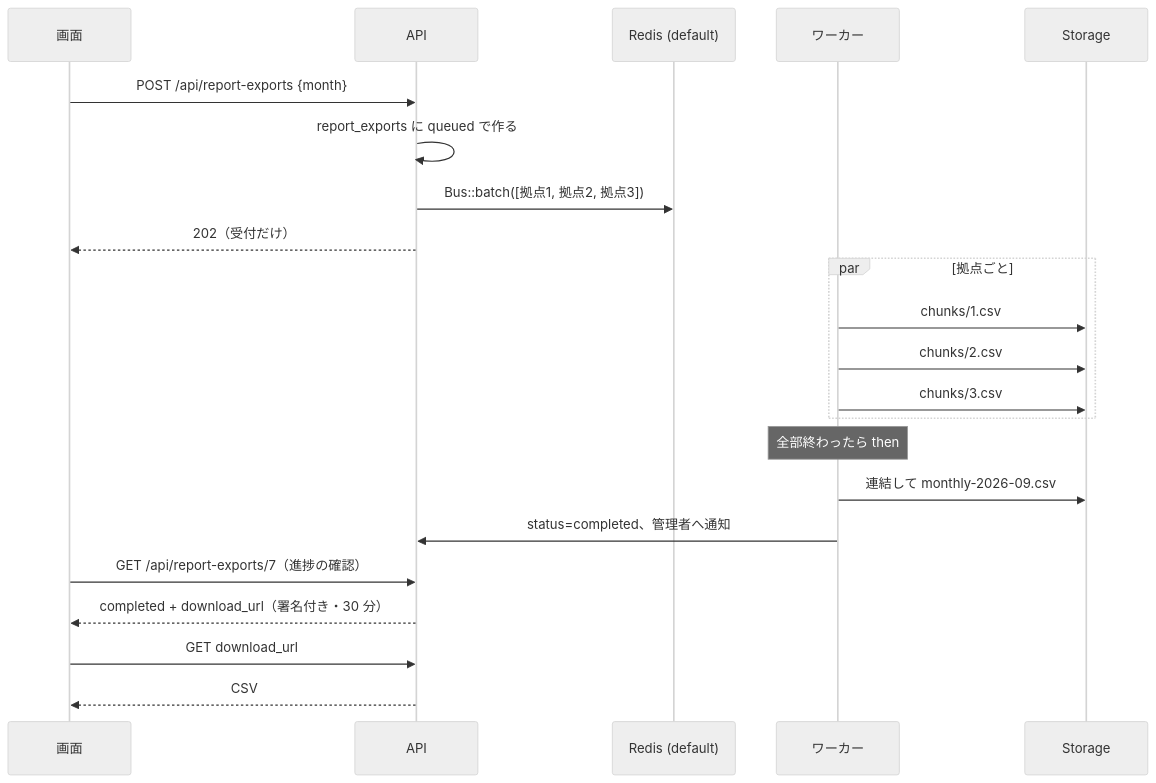
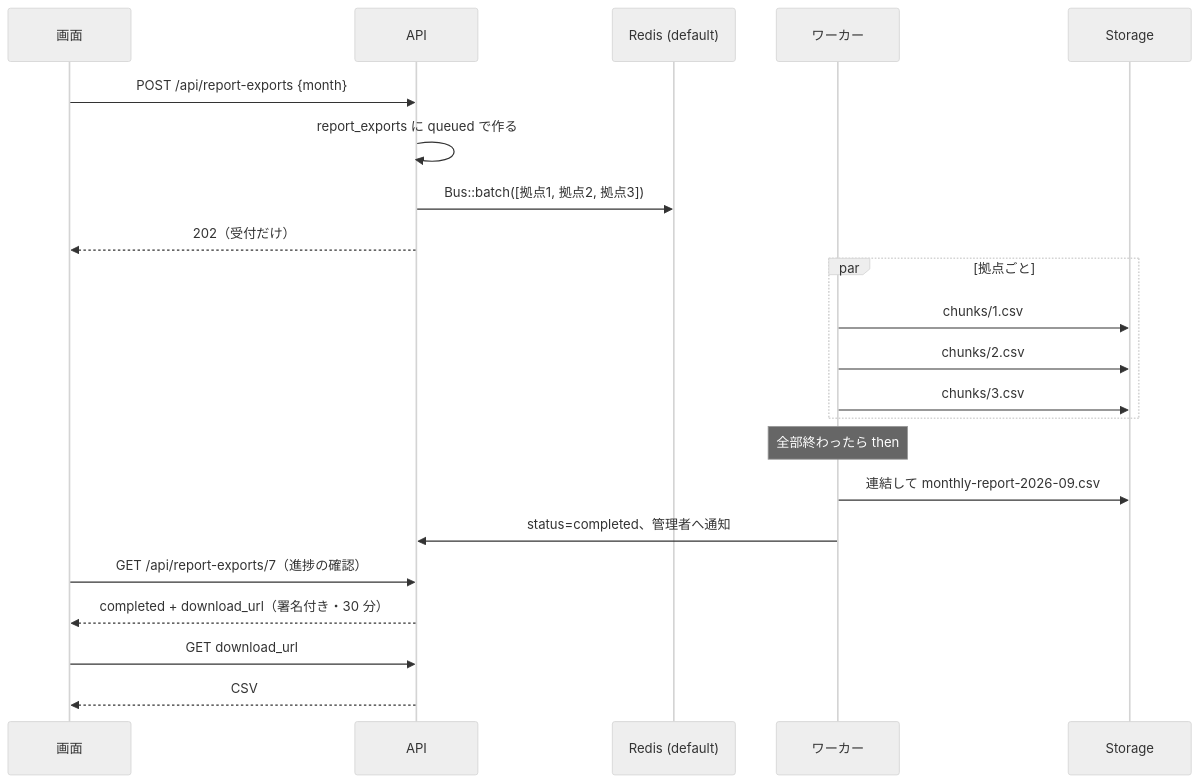
The third of 4 diagrams in docs/03_非同期処理の設計.md (hata-junnosuke/next_team), drawn with Mermaid (neutral theme) before and after one commit. The commit also changed 7 other files, not shown here.

First line of the commit message:
fix(api): issue #1 非同期 CSV のファイル名を同期 CSV と同じ monthly-report-{月}.csv にそろえる

````diff
--- a/docs/03_非同期処理の設計.md
+++ b/docs/03_非同期処理の設計.md
@@ -153,25 +153,25 @@
 ```mermaid
 sequenceDiagram
     participant W as 画面
     participant A as API
     participant Q as Redis (default)
     participant K as ワーカー
     participant ST as Storage
 
     W->>A: POST /api/report-exports {month}
     A->>A: report_exports に queued で作る
     A->>Q: Bus::batch([拠点1, 拠点2, 拠点3])
     A-->>W: 202（受付だけ）
     par 拠点ごと
         K->>ST: chunks/1.csv
         K->>ST: chunks/2.csv
         K->>ST: chunks/3.csv
     end
     Note over K: 全部終わったら then
-    K->>ST: 連結して monthly-2026-09.csv
+    K->>ST: 連結して monthly-report-2026-09.csv
     K->>A: status=completed、管理者へ通知
     W->>A: GET /api/report-exports/7（進捗の確認）
     A-->>W: completed + download_url（署名付き・30 分）
     W->>A: GET download_url
     A-->>W: CSV
 ```
````
